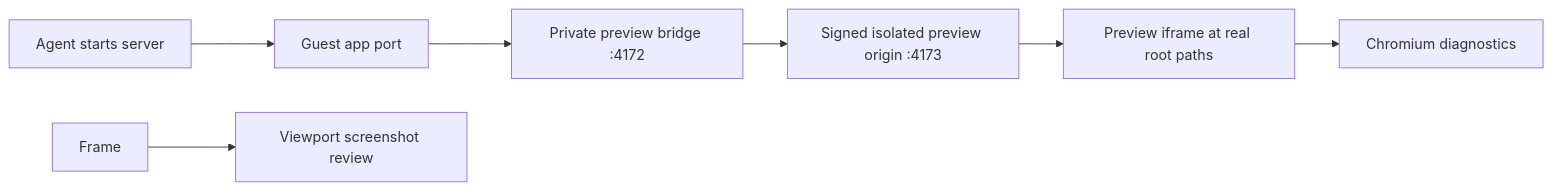
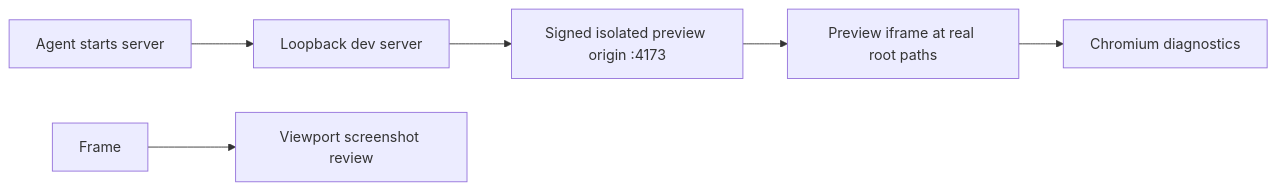
The third of 3 diagrams in docs/architecture.md (rajatalha150/PeakUI), drawn with Mermaid before and after one commit. The commit also changed other lines of this file and 7 other files, not shown here.

````diff
--- a/docs/architecture.md
+++ b/docs/architecture.md
@@ -42,9 +42,8 @@
 ```mermaid
 flowchart LR
-  Agent[Agent starts server] --> GuestPort[Guest app port]
-  GuestPort --> Bridge[Private preview bridge :4172]
-  Bridge --> PreviewGateway[Signed isolated preview origin :4173]
+  Agent[Agent starts server] --> DevServer[Loopback dev server]
+  DevServer --> PreviewGateway[Signed isolated preview origin :4173]
   PreviewGateway --> PreviewFrame[Preview iframe at real root paths]
   PreviewFrame --> Log[Chromium diagnostics]
   Frame --> Vision[Viewport screenshot review]
 ```
````
